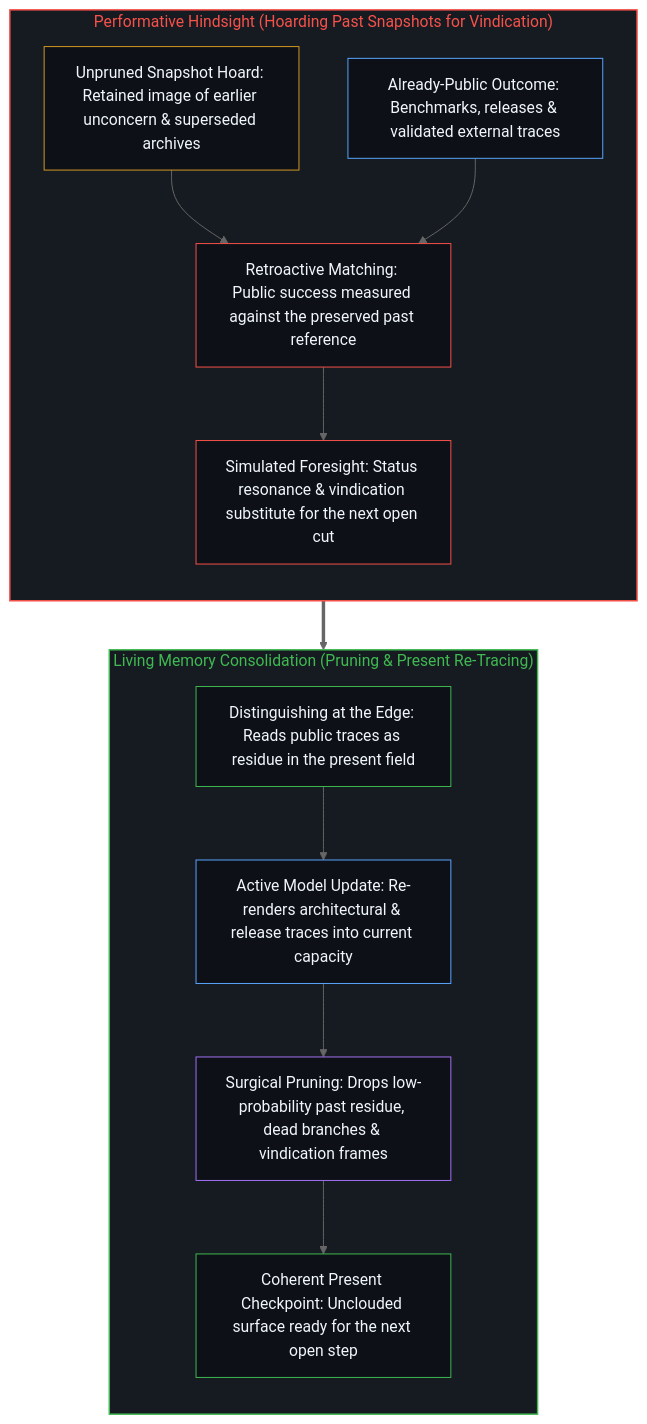
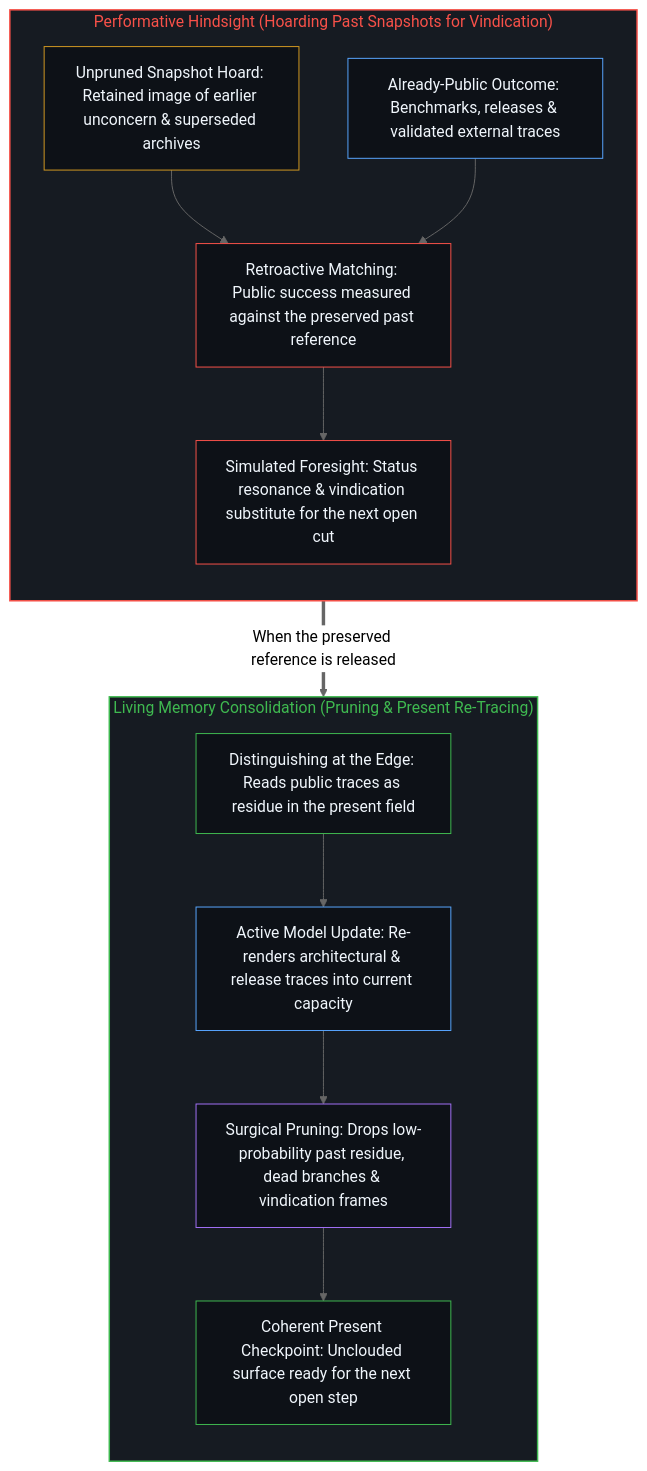
The second of 2 diagrams in content/posts/performative-hindsight-that-pretends-to-be-foresight.md (powerpig99/not-a-toe), drawn with Mermaid (neutral theme) before and after one commit. The commit also changed other lines of this file and 4 other files, not shown here.

````diff
--- a/content/posts/performative-hindsight-that-pretends-to-be-foresight.md
+++ b/content/posts/performative-hindsight-that-pretends-to-be-foresight.md
@@ -82,32 +82,32 @@
 ```mermaid
 flowchart TD
     subgraph S_Hindsight["Performative Hindsight (Hoarding Past Snapshots for Vindication)"]
         direction TB
         Hoard["Unpruned Snapshot Hoard: Retained image of earlier unconcern & superseded archives"]
         Public["Already-Public Outcome: Benchmarks, releases & validated external traces"]
         Retained["Retroactive Matching: Public success measured against the preserved past reference"]
         Vindication["Simulated Foresight: Status resonance & vindication substitute for the next open cut"]
         Hoard --> Retained
         Public --> Retained
         Retained --> Vindication
     end
     subgraph S_Living["Living Memory Consolidation (Pruning & Present Re-Tracing)"]
         direction TB
         OpenEdge["Distinguishing at the Edge: Reads public traces as residue in the present field"]
         ReRender["Active Model Update: Re-renders architectural & release traces into current capacity"]
         Prune["Surgical Pruning: Drops low-probability past residue, dead branches & vindication frames"]
         PresentCut["Coherent Present Checkpoint: Unclouded surface ready for the next open step"]
         OpenEdge --> ReRender --> Prune --> PresentCut
     end
-    Vindication ==> OpenEdge
+    Vindication ==>|"When the preserved reference is released"| OpenEdge
     style S_Hindsight fill:#161b22,stroke:#f85149,stroke-width:1.5px,color:#f85149
     style S_Living fill:#161b22,stroke:#3fb950,stroke-width:1.5px,color:#3fb950
     style Hoard fill:#0d1117,stroke:#d29922,stroke-width:1px,color:#f0f6fc
     style Public fill:#0d1117,stroke:#58a6ff,stroke-width:1px,color:#f0f6fc
     style Retained fill:#0d1117,stroke:#f85149,stroke-width:1px,color:#f0f6fc
     style Vindication fill:#0d1117,stroke:#f85149,stroke-width:1px,color:#f0f6fc
     style OpenEdge fill:#0d1117,stroke:#3fb950,stroke-width:1px,color:#f0f6fc
     style ReRender fill:#0d1117,stroke:#58a6ff,stroke-width:1px,color:#f0f6fc
     style Prune fill:#0d1117,stroke:#a371f7,stroke-width:1px,color:#f0f6fc
     style PresentCut fill:#0d1117,stroke:#3fb950,stroke-width:1px,color:#f0f6fc
 ```
````
